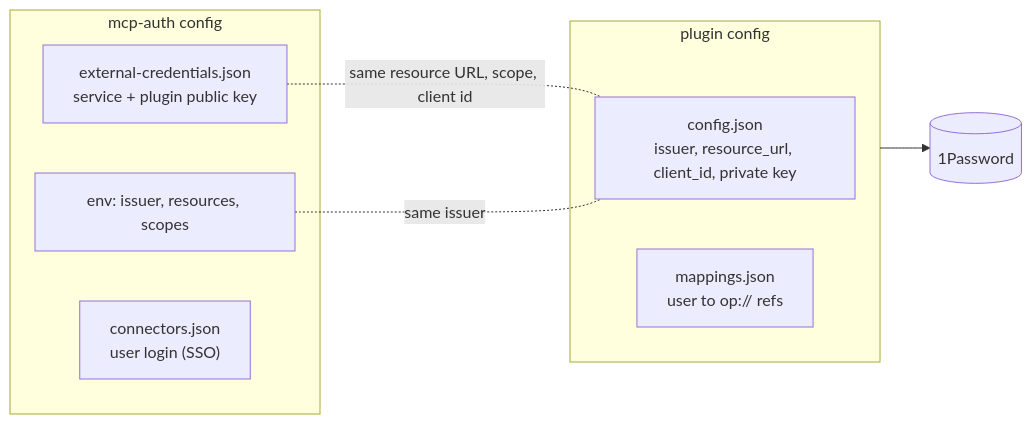
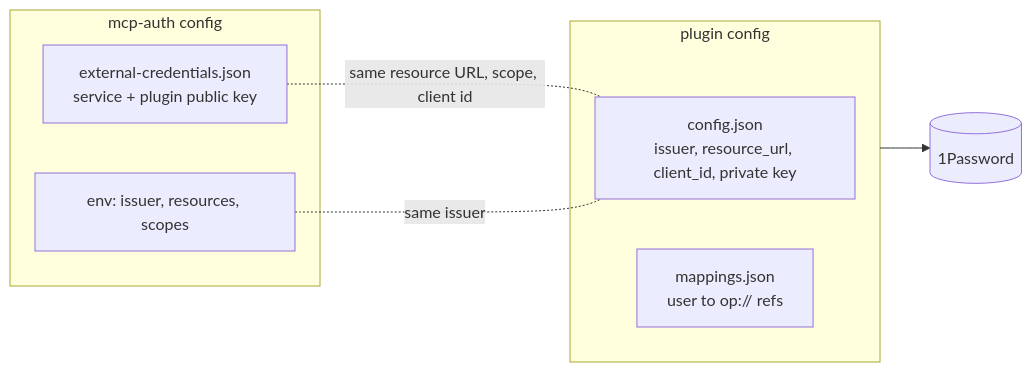
One commit to mcp-runtime/onepassword-mcp-plugin changed the diagram in docs/connect-mcp-auth.md. Above: the diagram before and after it, drawn with Mermaid. The commit also changed other lines of this file and 8 other files, not shown here.

First line of the commit message:
docs: remove SSO and login configuration from the plugin repo

````diff
--- a/docs/connect-mcp-auth.md
+++ b/docs/connect-mcp-auth.md
@@ -7,15 +7,14 @@
 ```mermaid
 flowchart LR
     subgraph mcpauth["mcp-auth config"]
         env["env: issuer, resources, scopes"]
         ext["external-credentials.json<br/>service + plugin public key"]
-        sso["connectors.json<br/>user login (SSO)"]
     end
     subgraph plug["plugin config"]
         cfg["config.json<br/>issuer, resource_url, client_id, private key"]
         map["mappings.json<br/>user to op:// refs"]
     end
     ext -. "same resource URL, scope, client id" .- cfg
     env -. "same issuer" .- cfg
     plug --> op[("1Password")]
 ```
````
